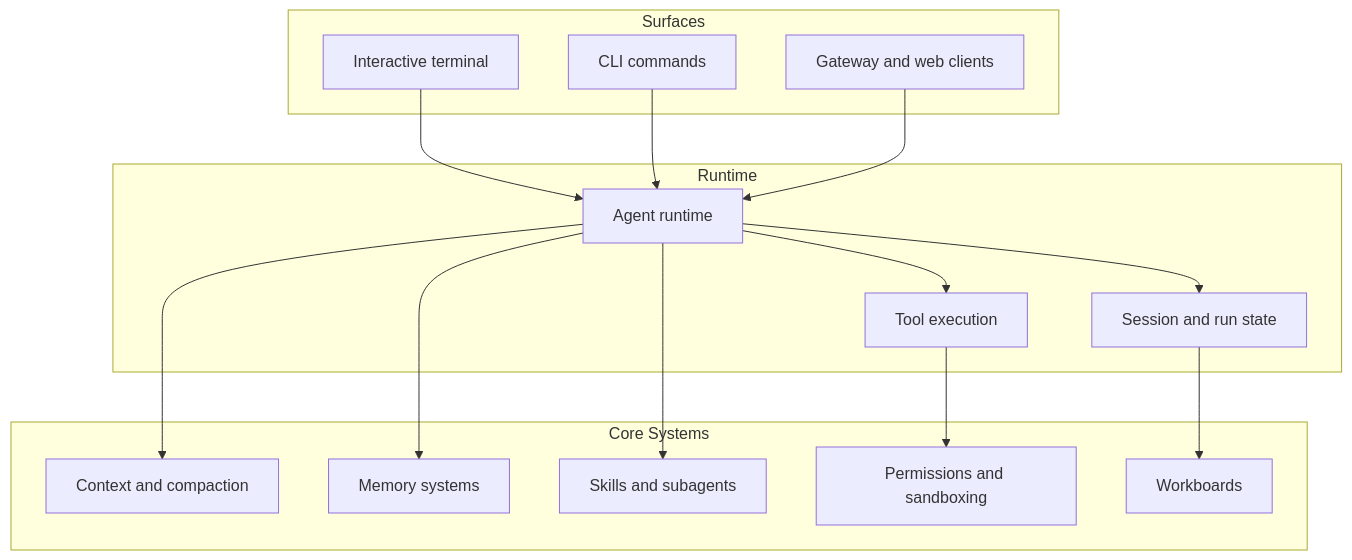
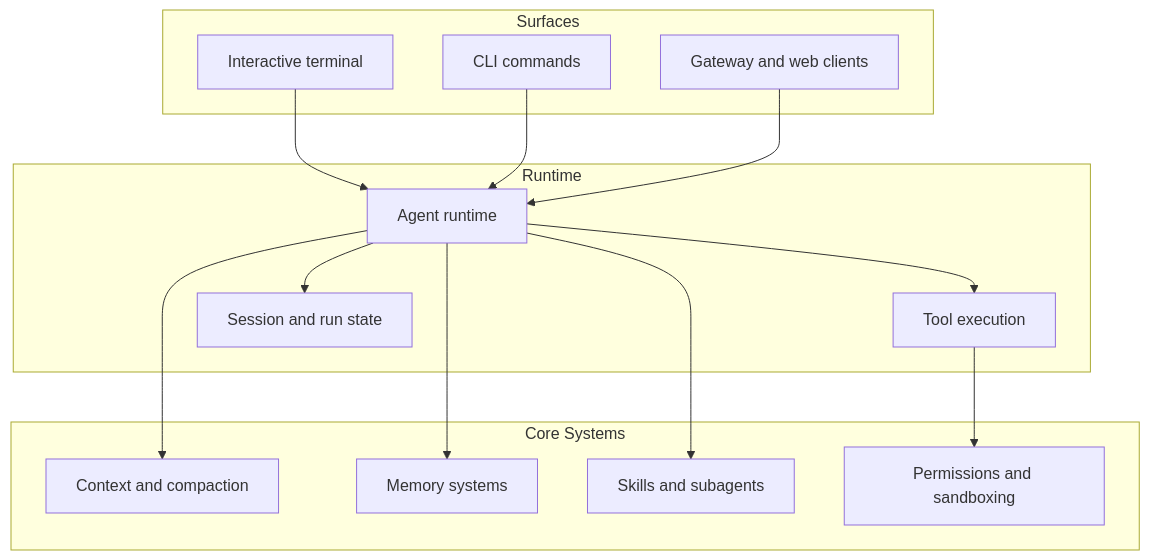
One commit to tulkun-lab/tulkun-lab.github.io changed the diagram in docs/index.md. Above: the diagram before and after it, drawn with Mermaid. The commit also changed other lines of this file and 15 other files, not shown here.

````diff
--- a/docs/index.md
+++ b/docs/index.md
@@ -236,33 +235,31 @@
 ```mermaid
 flowchart TB
     subgraph Surfaces
       A["Interactive terminal"]
       B["CLI commands"]
       C["Gateway and web clients"]
     end
 
     subgraph Runtime
       D["Agent runtime"]
       E["Tool execution"]
       F["Session and run state"]
     end
 
     subgraph Core Systems
       G["Context and compaction"]
       H["Memory systems"]
       I["Skills and subagents"]
       J["Permissions and sandboxing"]
-      K["Workboards"]
     end
 
     A --> D
     B --> D
     C --> D
     D --> E
     D --> F
     D --> G
     D --> H
     D --> I
     E --> J
-    F --> K
 ```
````
